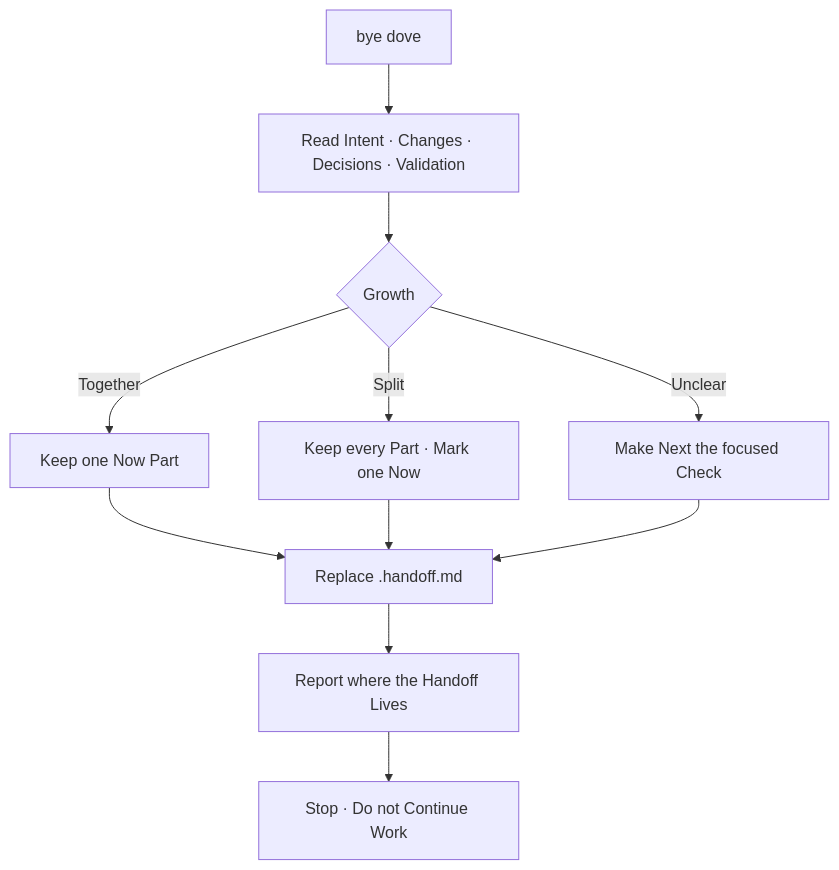
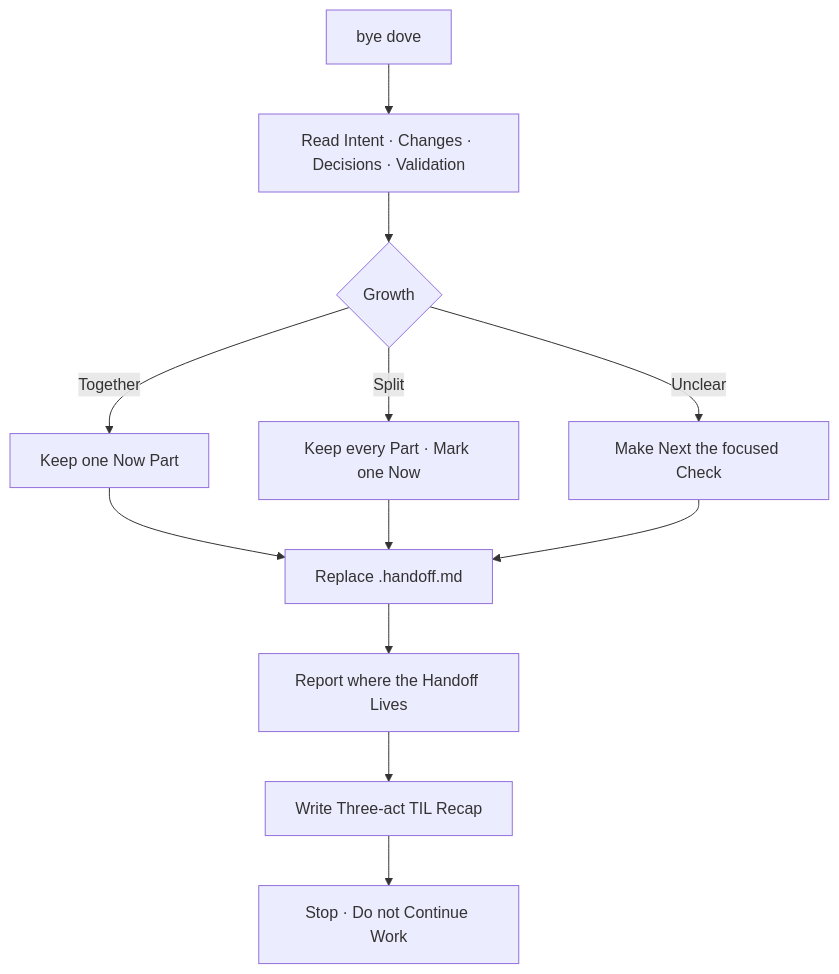
The diagram in .agents/skills/bye-bye-bye/SKILL.md (cangrejometralleta/dove-canon), drawn with Mermaid before and after one commit. The commit also changed other lines of this file and 5 other files, not shown here.

Commit message:
Add three-act session recaps

````diff
--- a/.agents/skills/bye-bye-bye/SKILL.md
+++ b/.agents/skills/bye-bye-bye/SKILL.md
@@ -19,13 +20,14 @@
 ```mermaid
 flowchart TD
 	START["bye dove"] --> EVIDENCE["Read Intent · Changes · Decisions · Validation"]
 	EVIDENCE --> GROWTH{"Growth"}
 	GROWTH -- Together --> NOW["Keep one Now Part"]
 	GROWTH -- Split --> SPLIT["Keep every Part · Mark one Now"]
 	GROWTH -- Unclear --> CHECK["Make Next the focused Check"]
 	NOW --> WRITE["Replace .handoff.md"]
 	SPLIT --> WRITE
 	CHECK --> WRITE
 	WRITE --> REPORT["Report where the Handoff Lives"]
-	REPORT --> STOP["Stop · Do not Continue Work"]
+	REPORT --> TIL["Write Three-act TIL Recap"]
+	TIL --> STOP["Stop · Do not Continue Work"]
 ```
````
